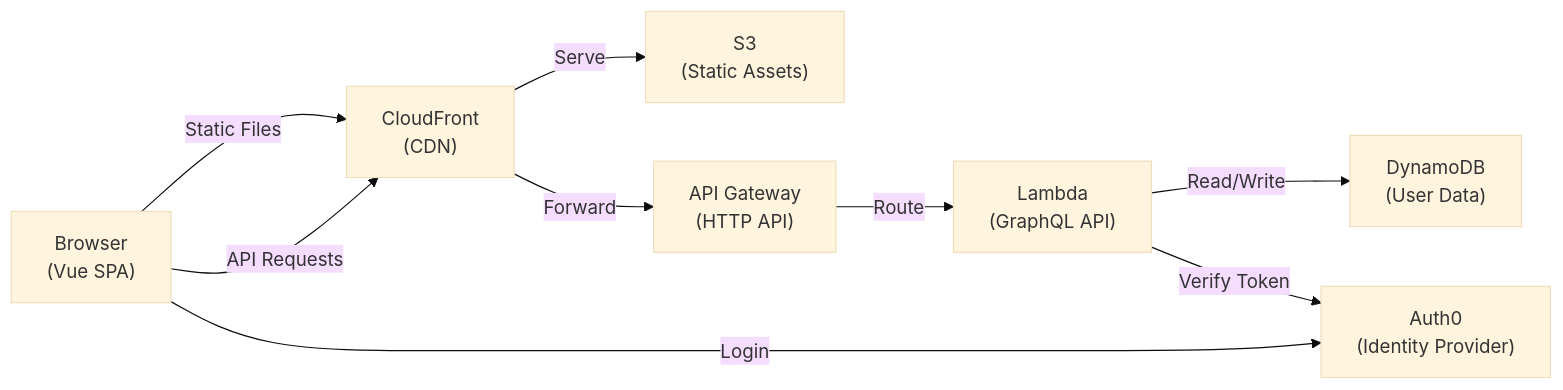
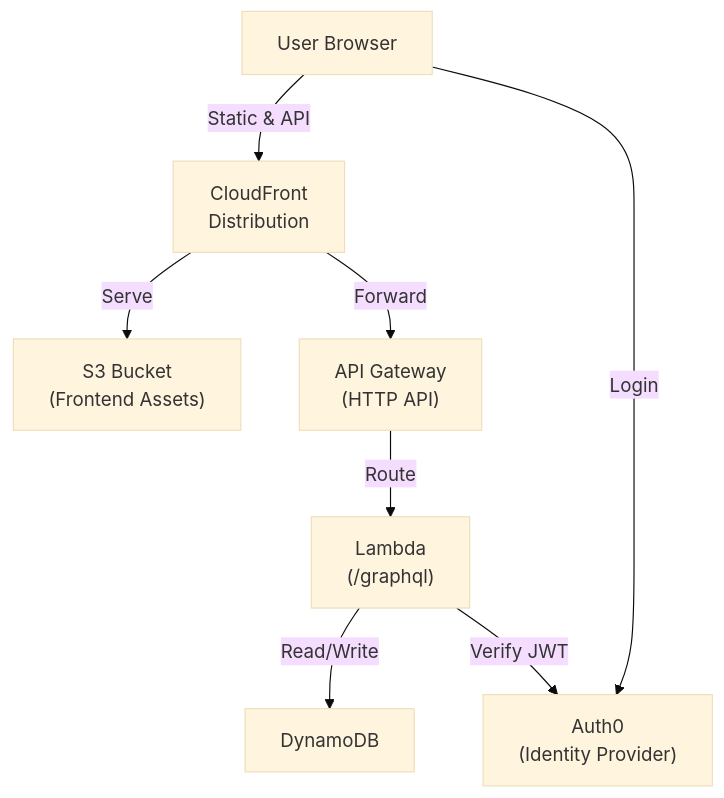
Before and after one commit to alexei-lexx/budget: the diagram in .specify/memory/constitution.md, drawn with Mermaid (base theme). The commit also changed other lines of this file, not shown here.

Commit message:
amend constitution to v0.11.3 (improved AWS architecture diagram clarity)

````diff
--- a/.specify/memory/constitution.md
+++ b/.specify/memory/constitution.md
@@ -84,19 +84,22 @@
 ```mermaid
-graph LR
-    Browser["Browser<br/>(Vue SPA)"]
-    CloudFront["CloudFront<br/>(CDN)"]
-    S3["S3<br/>(Static Assets)"]
-    APIGateway["API Gateway<br/>(HTTP API)"]
-    Lambda["Lambda<br/>(GraphQL API)"]
-    DynamoDB["DynamoDB<br/>(User Data)"]
+graph TD
+    Browser["User Browser"]
+
+    CloudFront["CloudFront<br/>Distribution"]
     Auth0["Auth0<br/>(Identity Provider)"]
 
-    Browser -->|Static Files| CloudFront
+    S3["S3 Bucket<br/>(Frontend Assets)"]
+    APIGateway["API Gateway<br/>(HTTP API)"]
+
+    Lambda["Lambda<br/>(/graphql)"]
+
+    DynamoDB["DynamoDB"]
+
+    Browser -->|Static & API| CloudFront
+    Browser -->|Login| Auth0
     CloudFront -->|Serve| S3
-    Browser -->|API Requests| CloudFront
     CloudFront -->|Forward| APIGateway
     APIGateway -->|Route| Lambda
     Lambda -->|Read/Write| DynamoDB
-    Browser -->|Login| Auth0
-    Lambda -->|Verify Token| Auth0
+    Lambda -->|Verify JWT| Auth0
 ```
````
